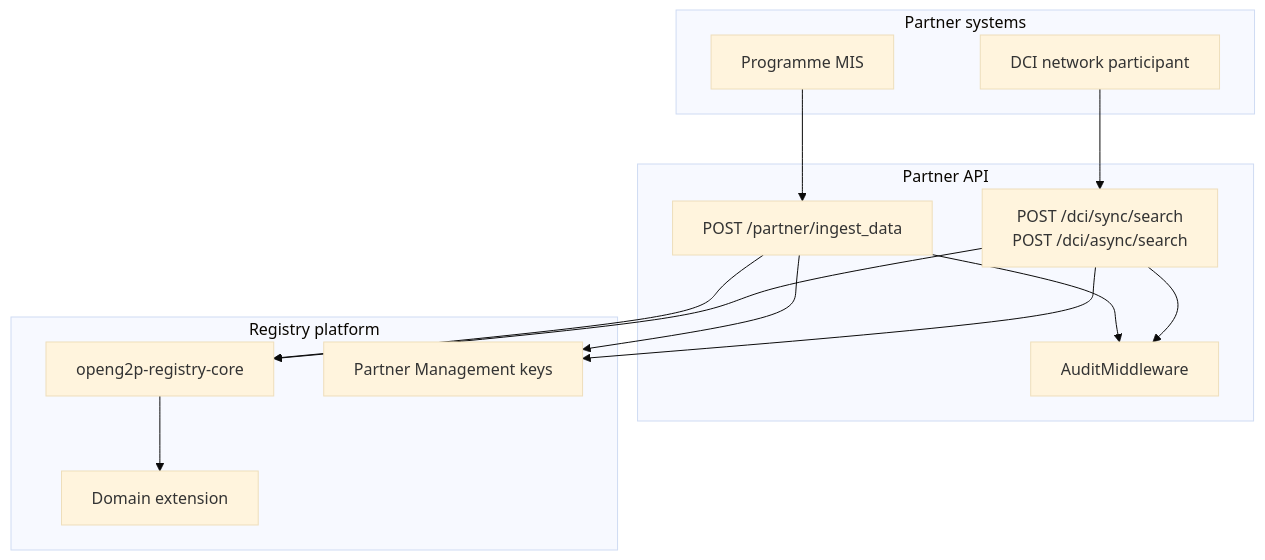
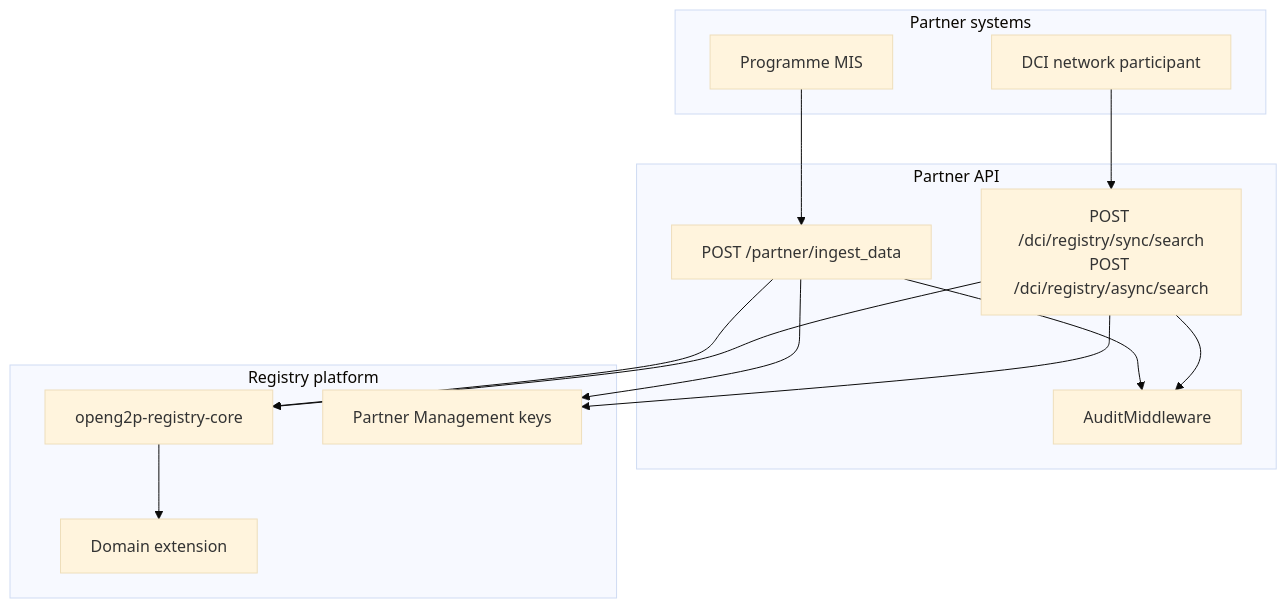
The first of 2 diagrams in products/registry/registry/design/partner-apis.md (OpenG2P/openg2p-documentation), drawn with Mermaid (base theme) before and after one commit. The commit also changed other lines of this file and 2 other files, not shown here.

Commit message:
Update API endpoints in documentation to reflect changes from `/dci/sync/search` and `/dci/async/search` to `/dci/registry/sync/search` and `/dci/registry/async/search` for consistency across Partner API and DCI search documentation.

````diff
--- a/products/registry/registry/design/partner-apis.md
+++ b/products/registry/registry/design/partner-apis.md
@@ -26,29 +26,29 @@
 ```mermaid
 flowchart TB
     subgraph partners [Partner systems]
         P1[Programme MIS]
         P2[DCI network participant]
     end
 
     subgraph partner_api [Partner API]
         ING["POST /partner/ingest_data"]
-        DCI["POST /dci/sync/search<br/>POST /dci/async/search"]
+        DCI["POST /dci/registry/sync/search<br/>POST /dci/registry/async/search"]
         AUD[AuditMiddleware]
     end
 
     subgraph platform [Registry platform]
         CORE[openg2p-registry-core]
         EXT[Domain extension]
         KM[Partner Management keys]
     end
 
     P1 --> ING
     P2 --> DCI
     ING --> AUD
     DCI --> AUD
     ING --> CORE
     DCI --> CORE
     CORE --> EXT
     ING --> KM
     DCI --> KM
 ```
````
